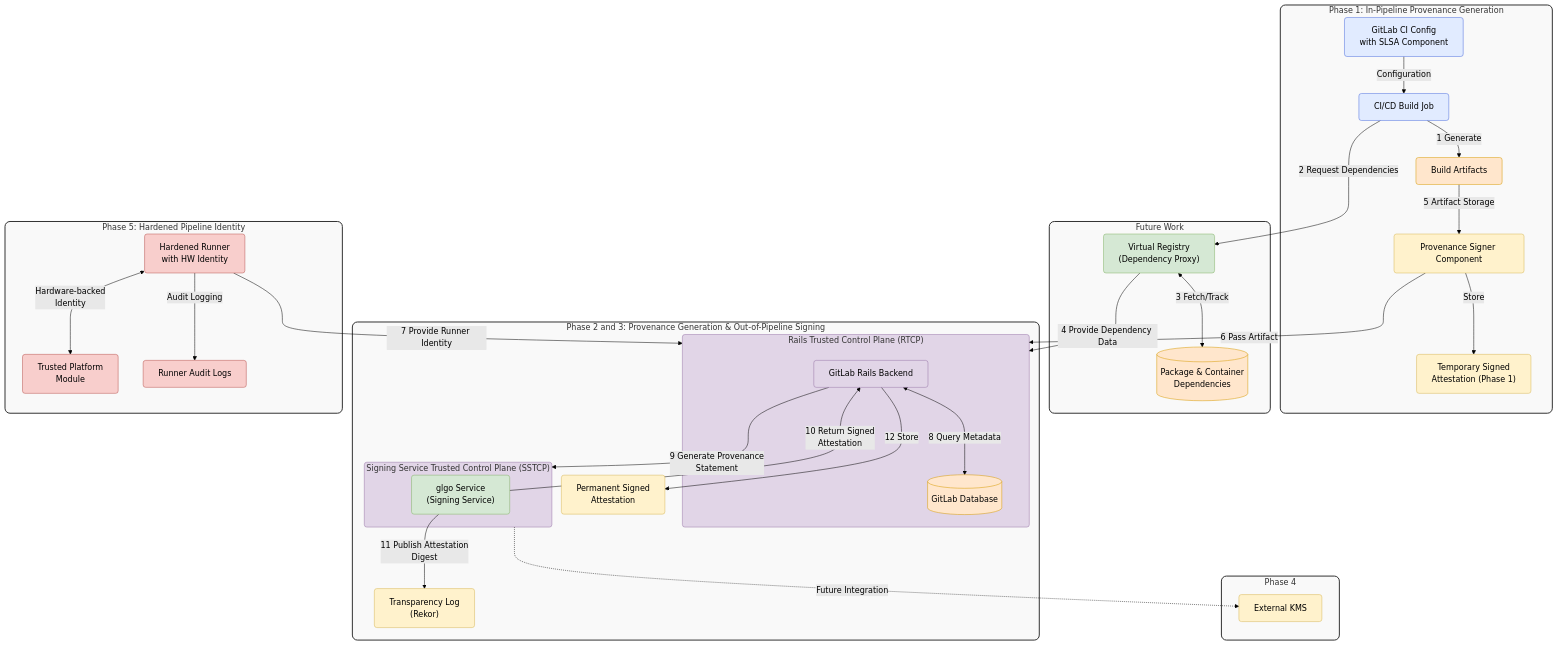
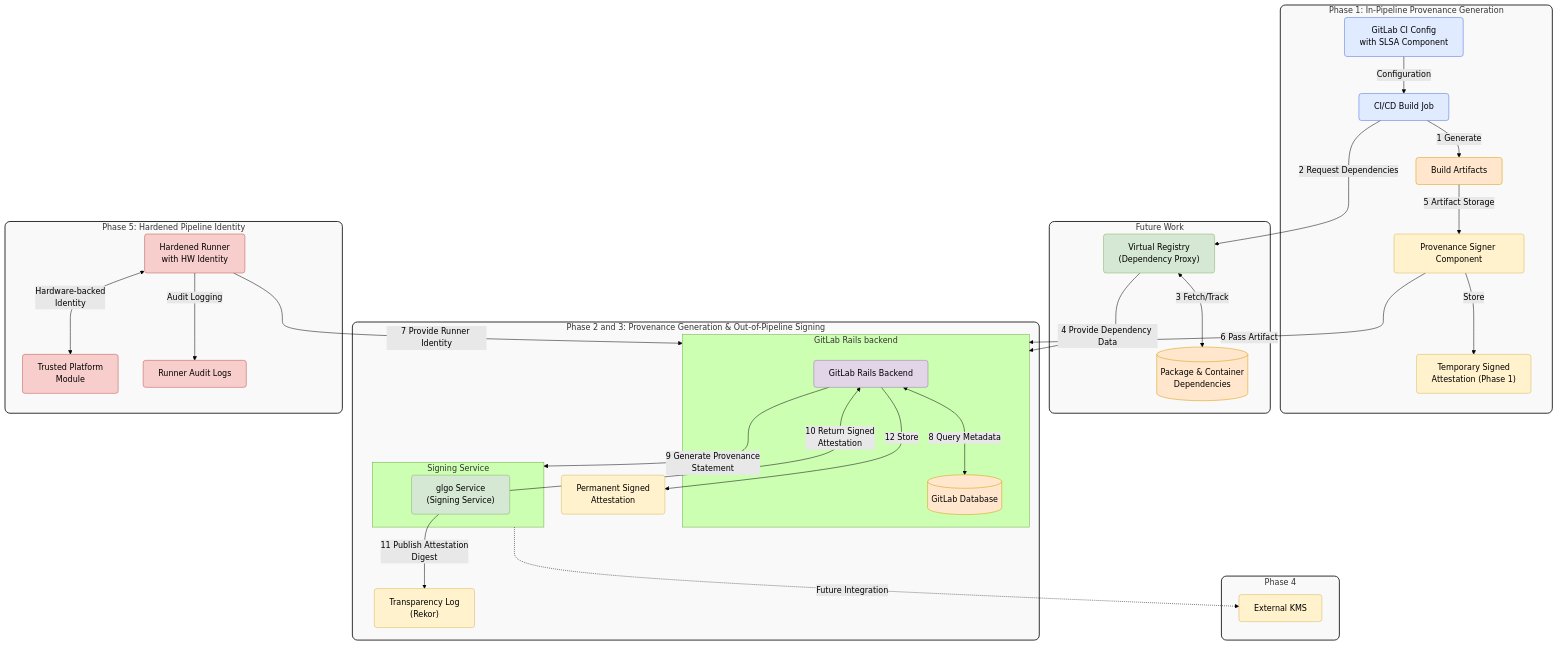
Before and after one commit to zalyoung/gitlab-handbook: the diagram in content/handbook/engineering/architecture/design-documents/slsa_level_3/_index.md, drawn with Mermaid (forest theme).

````diff
--- a/content/handbook/engineering/architecture/design-documents/slsa_level_3/_index.md
+++ b/content/handbook/engineering/architecture/design-documents/slsa_level_3/_index.md
@@ -79,72 +79,72 @@
 ```mermaid
 flowchart TD
     %% Define styles for improved visual appearance
     classDef phaseStyle fill:#f9f9f9,stroke:#333,stroke-width:2px,rx:10px,ry:10px
     classDef componentStyle fill:#e1ebff,stroke:#4b6bdc,stroke-width:1px,rx:5px,ry:5px
     classDef storageStyle fill:#ffe6cc,stroke:#d79b00,stroke-width:1px,rx:5px,ry:5px
     classDef serviceStyle fill:#d5e8d4,stroke:#82b366,stroke-width:1px,rx:5px,ry:5px
     classDef signatureStyle fill:#fff2cc,stroke:#d6b656,stroke-width:1px,rx:5px,ry:5px
     classDef securityStyle fill:#f8cecc,stroke:#b85450,stroke-width:1px,rx:5px,ry:5px
     classDef controlPlaneStyle fill:#e1d5e7,stroke:#9673a6,stroke-width:1px,rx:5px,ry:5px
     subgraph Phase1["Phase 1: In-Pipeline Provenance Generation"]
         CIConfig["GitLab CI Config<br>with SLSA Component"]
         BuildJob["CI/CD Build Job"]
         Artifacts["Build Artifacts"]
         ProvenanceSigner["Provenance Signer Component"]
         TempSignedAttestation["Temporary Signed<br>Attestation (Phase 1)"]
     end
     subgraph FutureWork["Future Work"]
         VirtualRegistry["Virtual Registry<br>(Dependency Proxy)"]
         Dependencies[(Package & Container<br>Dependencies)]
     end
     subgraph Phase2and3["Phase 2 and 3: Provenance Generation & Out-of-Pipeline Signing"]
-        subgraph RTCP["Rails Trusted Control Plane (RTCP)"]
+        subgraph GitLabRailsBackend["GitLab Rails backend"]
             RailsBackend["GitLab Rails Backend"]
             DB[(GitLab Database)]
         end
-        subgraph SSTCP["Signing Service Trusted Control Plane (SSTCP)"]
+        subgraph SigningService["Signing Service"]
             GlgoService["glgo Service<br>(Signing Service)"]
         end
         Rekor["Transparency Log<br>(Rekor)"]
         PermanentAttestation["Permanent Signed<br>Attestation"]
     end
     subgraph Phase4["Phase 4"]
         ExternalKMS["External KMS"]
     end
     subgraph Phase5["Phase 5: Hardened Pipeline Identity"]
         HardenedRunner["Hardened Runner<br>with HW Identity"]
         TPM["Trusted Platform<br>Module"]
         RunnerAudit["Runner Audit Logs"]
     end
     %% Relationships between components with labeled edges
     CIConfig -->|"Configuration"| BuildJob
     BuildJob -->|"1 Generate"| Artifacts
     BuildJob -->|"2 Request Dependencies"| VirtualRegistry
     VirtualRegistry <-->|"3 Fetch/Track"| Dependencies
     
     %% Phase 1 flow for early implementation
-    VirtualRegistry -->|"4 Provide Dependency Data"| RTCP
+    VirtualRegistry -->|"4 Provide Dependency Data"| GitLabRailsBackend
     Artifacts -->|"5 Artifact Storage"| ProvenanceSigner
     ProvenanceSigner -->|"Store"| TempSignedAttestation
-    ProvenanceSigner -->|"6 Pass Artifact"| RTCP
-    HardenedRunner -->|"7 Provide Runner Identity"| RTCP
+    ProvenanceSigner -->|"6 Pass Artifact"| GitLabRailsBackend
+    HardenedRunner -->|"7 Provide Runner Identity"| GitLabRailsBackend
     RailsBackend <-->|"8 Query Metadata"| DB
     
-    RailsBackend -->|"9 Generate Provenance<br>Statement"| SSTCP
-    SSTCP -.->|"Future Integration"| ExternalKMS
+    RailsBackend -->|"9 Generate Provenance<br>Statement"| SigningService
+    SigningService -.->|"Future Integration"| ExternalKMS
     GlgoService -->|"10 Return Signed<br>Attestation"| RailsBackend
     GlgoService -->|"11 Publish Attestation<br>Digest"| Rekor
     RailsBackend -->|"12 Store"| PermanentAttestation
     
     %% Phase 5 hardening
     HardenedRunner <-->|"Hardware-backed<br>Identity"| TPM
     HardenedRunner -->|"Audit Logging"| RunnerAudit
     %% Apply styles
     class Phase1,Phase2and3,Phase4,Phase5,FutureWork phaseStyle
     class CIConfig,BuildJob componentStyle
     class Artifacts,DB,Dependencies storageStyle
     class VirtualRegistry,GlgoService serviceStyle
     class ProvenanceSigner,TempSignedAttestation,PermanentAttestation,Rekor,ExternalKMS signatureStyle
     class HardenedRunner,TPM,RunnerAudit securityStyle
     class RTCP,SSTCP,RailsBackend controlPlaneStyle
 ```
````
